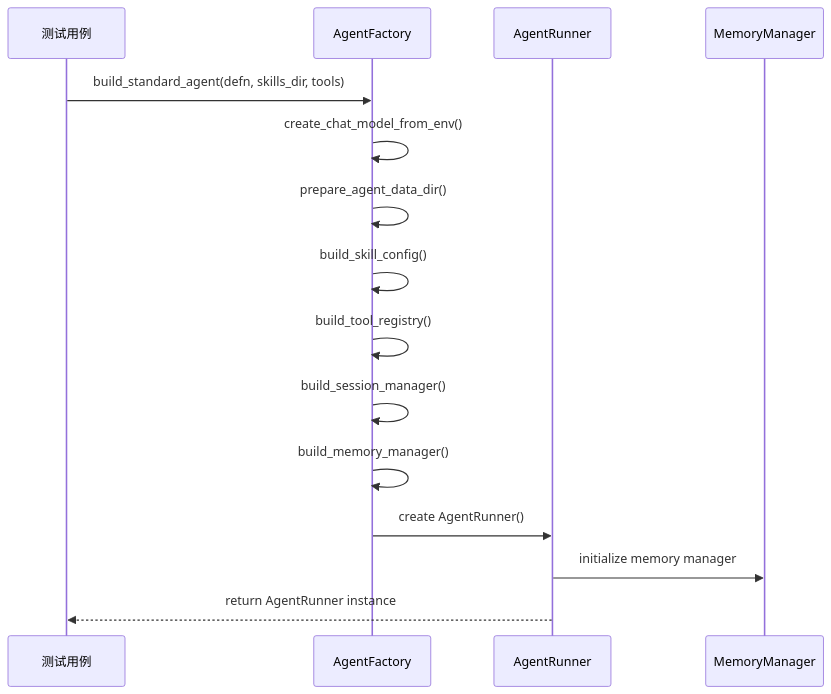
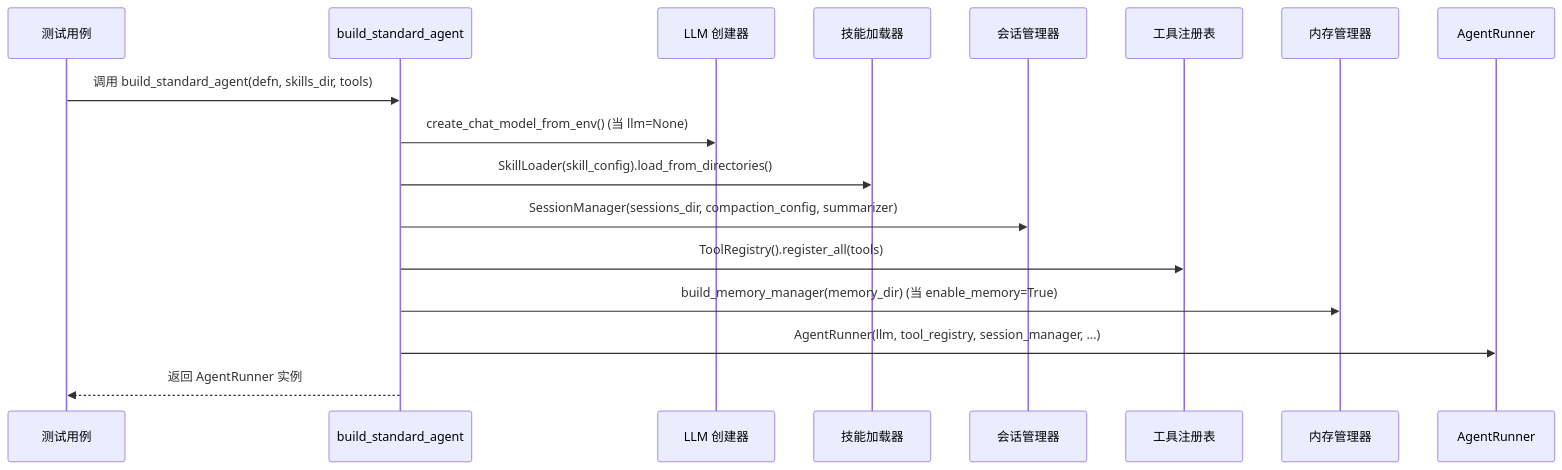
One commit to YU-JI-KUI/ark-agentic changed the third of 14 diagrams in repowiki/zh/content/测试策略/单元测试/智能体工厂单元测试.md. Above: the diagram before and after it, drawn with Mermaid. The commit also changed other lines of this file and 23 other files, not shown here.

````diff
--- a/repowiki/zh/content/测试策略/单元测试/智能体工厂单元测试.md
+++ b/repowiki/zh/content/测试策略/单元测试/智能体工厂单元测试.md
@@ -162,17 +115,19 @@
 ```mermaid
 sequenceDiagram
 participant Test as 测试用例
-participant Factory as AgentFactory
+participant Factory as build_standard_agent
+participant LLM as LLM 创建器
+participant Skills as 技能加载器
+participant Session as 会话管理器
+participant Tools as 工具注册表
+participant Memory as 内存管理器
 participant Runner as AgentRunner
-participant Memory as MemoryManager
-Test->>Factory : build_standard_agent(defn, skills_dir, tools)
-Factory->>Factory : create_chat_model_from_env()
-Factory->>Factory : prepare_agent_data_dir()
-Factory->>Factory : build_skill_config()
-Factory->>Factory : build_tool_registry()
-Factory->>Factory : build_session_manager()
-Factory->>Factory : build_memory_manager()
-Factory->>Runner : create AgentRunner()
-Runner->>Memory : initialize memory manager
-Runner-->>Test : return AgentRunner instance
+Test->>Factory : 调用 build_standard_agent(defn, skills_dir, tools)
+Factory->>LLM : create_chat_model_from_env() (当 llm=None)
+Factory->>Skills : SkillLoader(skill_config).load_from_directories()
+Factory->>Session : SessionManager(sessions_dir, compaction_config, summarizer)
+Factory->>Tools : ToolRegistry().register_all(tools)
+Factory->>Memory : build_memory_manager(memory_dir) (当 enable_memory=True)
+Factory->>Runner : AgentRunner(llm, tool_registry, session_manager, ...)
+Factory-->>Test : 返回 AgentRunner 实例
 ```
````
